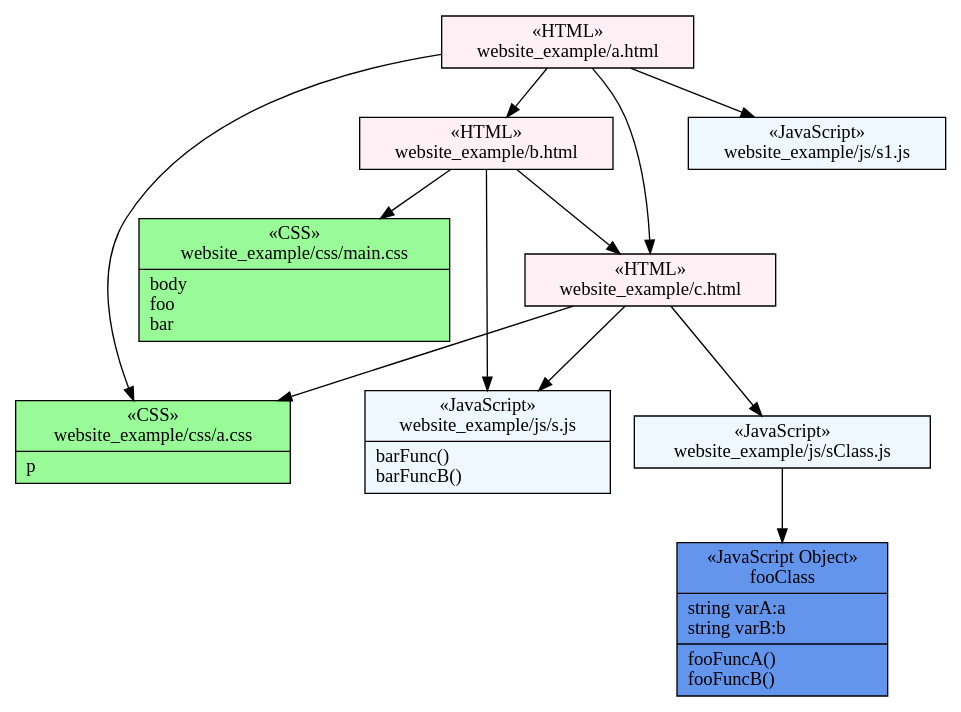
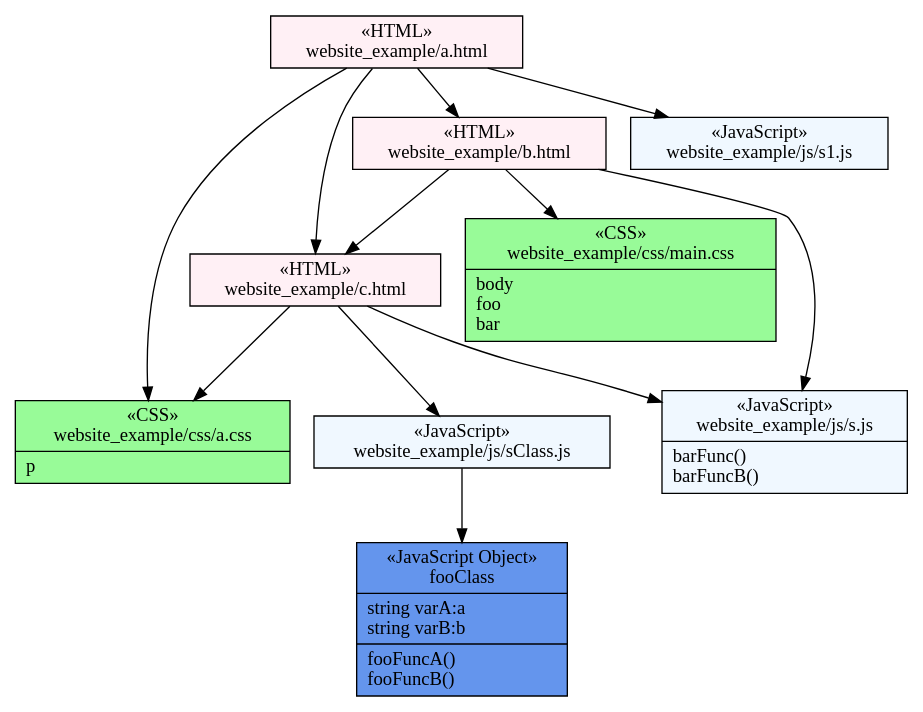
The diagram in example/result/example.dot (bakunin95/wavi), drawn with Graphviz before and after one commit. The commit also changed 7 other files, not shown here.

```diff
--- a/example/result/example.dot
+++ b/example/result/example.dot
@@ -1,25 +1,25 @@
 digraph G {
 	graph [splines=true];
 	node [label="\N"];
-	graph [bb="0,0,654,598"];
-	n1 [label="{&laquo;CSS»\nwebsite_example/css/main.css|body\lfoo\lbar\l}", shape=record, style=filled, fillcolor=palegreen, pos="93.945,161.78", rects="0.4452,169.28,187.45,207.28 0.4452,116.28,187.45,169.28", width="2.5903", height="1.2778"];
-	n2 [label="{&laquo;CSS»\nwebsite_example/css/a.css|p\l}", shape=record, style=filled, fillcolor=palegreen, pos="395.52,567.39", rects="312.02,559.89,479.02,597.89 312.02,536.89,479.02,559.89", width="2.3125", height="0.86111"];
-	n0 [label="{&laquo;HTML»\nwebsite_example/b.html}", shape=record, style=filled, fillcolor=lavenderblush, pos="346.36,188.4", rects="270.86,169.4,421.86,207.4", width="2.0903", height="0.54167"];
-	n4 [label="{&laquo;HTML»\nwebsite_example/a.html}", shape=record, style=filled, fillcolor=lavenderblush, pos="445.19,380.47", rects="370.69,361.47,519.69,399.47", width="2.0625", height="0.54167"];
-	n3 [label="{&laquo;HTML»\nwebsite_example/c.html}", shape=record, style=filled, fillcolor=lavenderblush, pos="455.29,333.39", rects="380.29,314.39,530.29,352.39", width="2.0833", height="0.54167"];
-	n5 [label="{&laquo;JavaScript»\nwebsite_example/js/s1.js}", shape=record, style=filled, fillcolor=aliceblue, pos="475.44,435.14", rects="398.44,416.14,552.44,454.14", width="2.1389", height="0.54167"];
-	n6 [label="{&laquo;JavaScript»\nwebsite_example/js/s.js|barFunc()\lbarFuncB()\l}", shape=record, style=filled, fillcolor=aliceblue, pos="580.08,168.92", rects="506.58,168.92,653.58,206.92 506.58,130.92,653.58,168.92", width="2.0347", height="1.0694"];
-	n7 [label="{&laquo;JavaScript»\nwebsite_example/js/sClass.js}", shape=record, style=filled, fillcolor=aliceblue, pos="467.02,281.27", rects="378.02,262.27,556.02,300.27", width="2.4722", height="0.54167"];
-	n8 [label="{&laquo;JavaScript Object»\nfooClass|string varA:a\lstring varB:b\l|fooFuncA()\lfooFuncB()\l}", shape=record, style=filled, fillcolor=CornflowerBlue, pos="471.66,57.537", rects="406.16,76.537,537.16,114.54 406.16,38.537,537.16,76.537 406.16,0.53695,537.16,38.537", width="1.8125", height="1.5972"];
-	n0 -> n3 [pos="e,387.44,314.2 345.9,207.6 346.34,232.7 350.84,276.6 374.82,303.47 376.2,305.02 377.66,306.48 379.2,307.87"];
-	n4 -> n0 [pos="e,344.22,207.46 382.99,361.42 380.86,359.64 378.88,357.71 377.09,355.59 344.16,316.6 341.7,253.99 343.56,217.47"];
-	n4 -> n3 [pos="e,451.15,352.68 449.3,361.32 449.32,361.23 449.34,361.14 449.35,361.05"];
-	n0 -> n1 [pos="e,187.5,171.65 270.62,180.41 247.65,177.99 222.01,175.29 197.53,172.71"];
-	n4 -> n2 [pos="e,387.31,536.86 406.42,399.63 401.95,403.43 398,407.85 395.24,412.94 376.31,447.82 379.36,493.98 385.3,526.73"];
-	n3 -> n2 [pos="e,378.88,536.58 380.22,346.59 375.37,349.75 371.02,353.59 367.49,358.27 330.47,407.23 353.93,481.7 374.55,527.31"];
-	n0 -> n6 [pos="e,506.37,175.06 421.92,182.1 445.6,180.13 471.89,177.93 496.13,175.91"];
-	n4 -> n5 [pos="e,464.81,415.94 455.77,399.59 457.1,401.99 458.48,404.48 459.86,406.98"];
-	n3 -> n6 [pos="e,584.45,207.14 530.37,323.05 541.3,318.57 551.46,312.28 559.22,303.47 579.68,280.25 584.67,245.59 584.66,217.26"];
-	n3 -> n7 [pos="e,462.72,300.38 459.59,314.28 459.88,313.01 460.17,311.71 460.46,310.4"];
-	n7 -> n8 [pos="e,470.48,114.57 467.42,262.2 468.04,232.07 469.28,172.04 470.26,124.75"];
+	graph [bb="0,0,765,633"];
+	n3 [label="{&laquo;CSS»\nwebsite_example/css/a.css|p\l}", shape=record, style=filled, fillcolor=palegreen, pos="83.41,387.17", rects="-0.089628,379.67,166.91,417.67 -0.089628,356.67,166.91,379.67", width="2.3125", height="0.86111"];
+	n7 [label="{&laquo;CSS»\nwebsite_example/css/main.css|body\lfoo\lbar\l}", shape=record, style=filled, fillcolor=palegreen, pos="671.78,150.21", rects="578.28,157.71,765.28,195.71 578.28,104.71,765.28,157.71", width="2.5903", height="1.2778"];
+	n0 [label="{&laquo;HTML»\nwebsite_example/a.html}", shape=record, style=filled, fillcolor=lavenderblush, pos="302.5,398.54", rects="228,379.54,377,417.54", width="2.0625", height="0.54167"];
+	n5 [label="{&laquo;HTML»\nwebsite_example/c.html}", shape=record, style=filled, fillcolor=lavenderblush, pos="204.96,189.96", rects="129.96,170.96,279.96,208.96", width="2.0833", height="0.54167"];
+	n1 [label="{&laquo;HTML»\nwebsite_example/b.html}", shape=record, style=filled, fillcolor=lavenderblush, pos="433.01,224.18", rects="357.51,205.18,508.51,243.18", width="2.0903", height="0.54167"];
+	n6 [label="{&laquo;JavaScript»\nwebsite_example/js/s.js|barFunc()\lbarFuncB()\l}", shape=record, style=filled, fillcolor=aliceblue, pos="247.94,257.42", rects="174.44,257.42,321.44,295.42 174.44,219.42,321.44,257.42", width="2.0347", height="1.0694"];
+	n2 [label="{&laquo;JavaScript»\nwebsite_example/js/s1.js}", shape=record, style=filled, fillcolor=aliceblue, pos="361.69,613.59", rects="284.69,594.59,438.69,632.59", width="2.1389", height="0.54167"];
+	n4 [label="{&laquo;JavaScript»\nwebsite_example/js/sClass.js}", shape=record, style=filled, fillcolor=aliceblue, pos="174.35,142.94", rects="85.35,123.94,263.35,161.94", width="2.4722", height="0.54167"];
+	n8 [label="{&laquo;JavaScript Object»\nfooClass|string varA:a\lstring varB:b\l|fooFuncA()\lfooFuncB()\l}", shape=record, style=filled, fillcolor=CornflowerBlue, pos="116.4,57.933", rects="50.901,76.933,181.9,114.93 50.901,38.933,181.9,76.933 50.901,0.93284,181.9,38.933", width="1.8125", height="1.5972"];
+	n0 -> n1 [pos="e,418.68,243.33 316.97,379.22 340.25,348.11 386.12,286.83 412.68,251.34"];
+	n1 -> n5 [pos="e,279.98,201.22 357.39,212.83 335.8,209.59 312.13,206.04 290.02,202.72"];
+	n0 -> n5 [pos="e,175.94,209.15 260.27,379.46 229.34,362.95 189.68,335.83 171.24,298.62 156.25,268.37 155.23,251.83 171.45,218.11"];
+	n0 -> n3 [pos="e,167.26,391.53 227.72,394.66 211.6,393.83 194.36,392.93 177.61,392.06"];
+	n1 -> n7 [pos="e,578.03,179.25 494.5,205.13 517.04,198.15 543.22,190.04 568.43,182.23"];
+	n5 -> n3 [pos="e,94.483,356.41 178.17,208.99 175.69,211.28 173.32,213.71 171.24,216.22 138.22,256.09 112.96,310.41 98.191,347.04"];
+	n0 -> n2 [pos="e,356.44,594.55 307.75,417.63 318.17,455.49 341.51,540.28 353.79,584.89"];
+	n1 -> n6 [pos="e,321.45,244.22 357.47,237.75 348.92,239.28 340.17,240.86 331.53,242.41"];
+	n5 -> n6 [pos="e,223.58,219.19 217.16,209.11 217.48,209.61 217.8,210.11 218.12,210.62"];
+	n5 -> n4 [pos="e,186.89,162.2 192.51,170.83 192.45,170.75 192.39,170.66 192.33,170.57"];
+	n4 -> n8 [pos="e,155.26,114.94 161.2,123.65 161.14,123.57 161.08,123.48 161.02,123.39"];
 }
```
